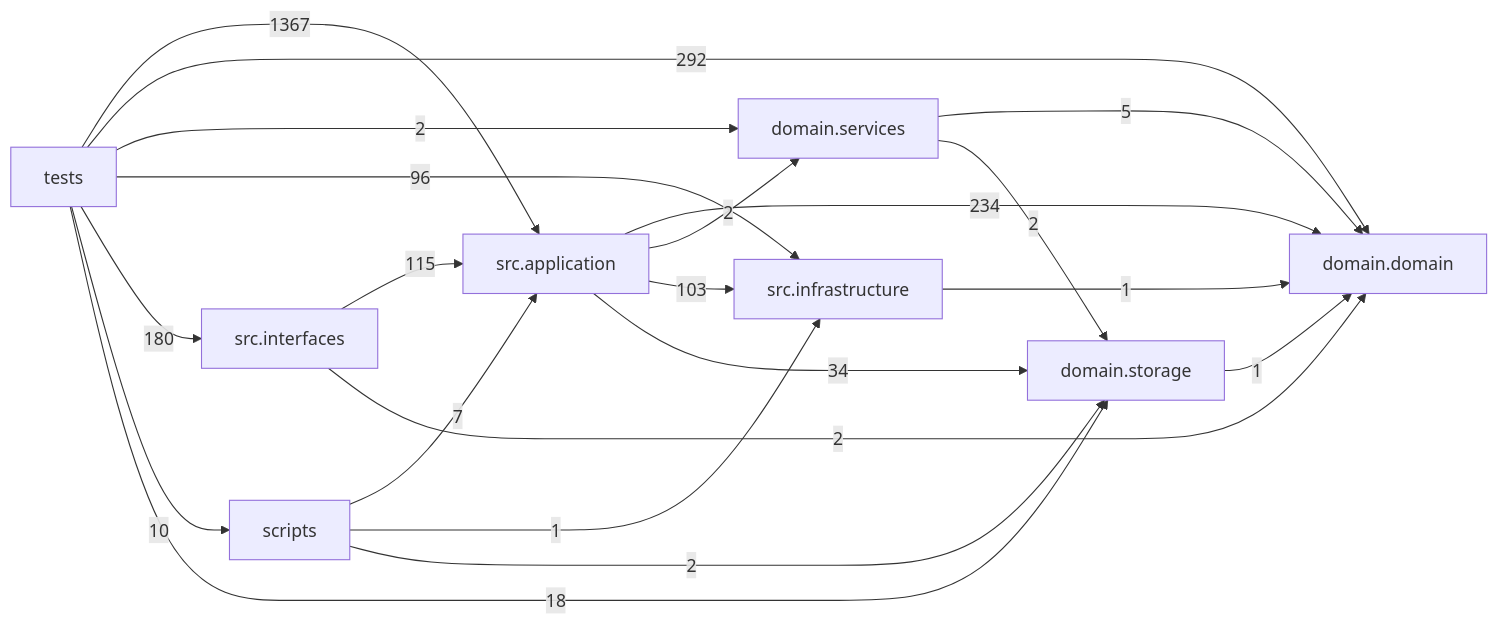
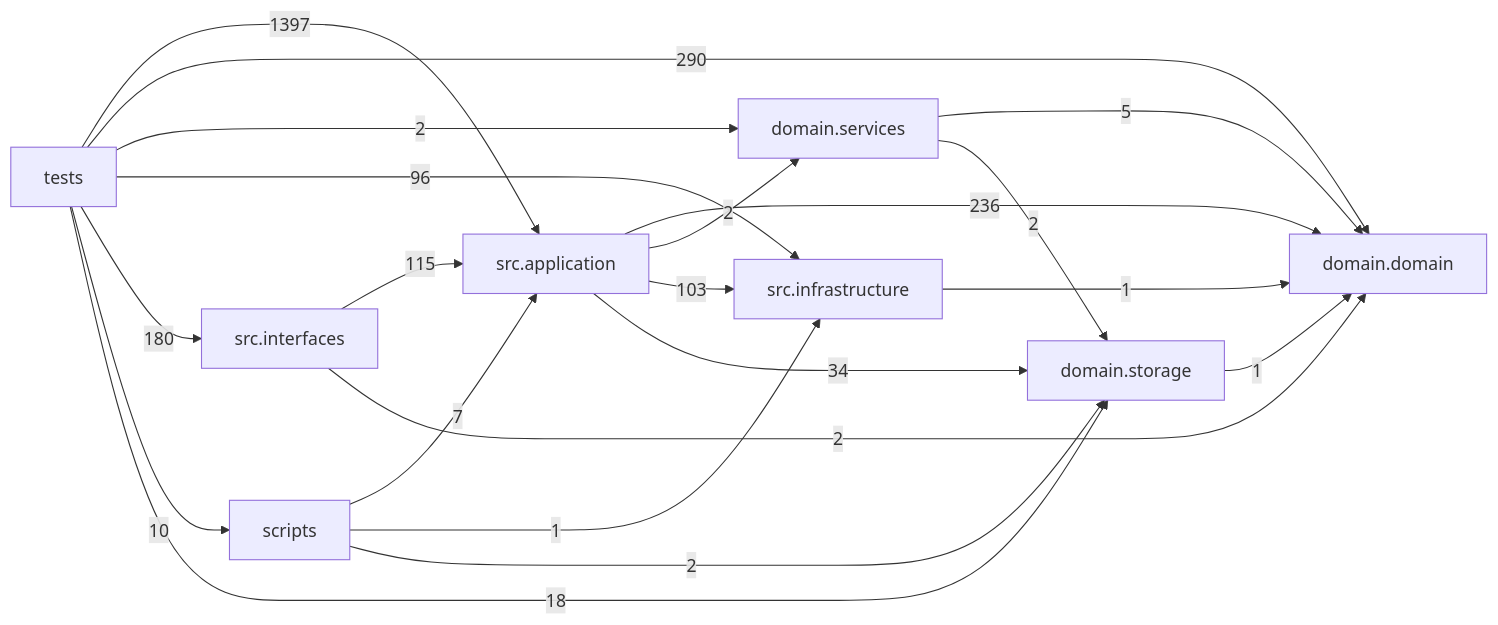
Before and after one commit to liuxie066/options-monitor: the diagram in docs/DEPENDENCY_GRAPH.md, drawn with Mermaid. The commit also changed other lines of this file and 41 other files, not shown here.

````diff
--- a/docs/DEPENDENCY_GRAPH.md
+++ b/docs/DEPENDENCY_GRAPH.md
@@ -24,31 +24,31 @@
 ```mermaid
 flowchart LR
   tests["tests"]
   scripts["scripts"]
   interfaces["src.interfaces"]
   application["src.application"]
   infrastructure["src.infrastructure"]
   domain_services["domain.services"]
   domain["domain.domain"]
   storage["domain.storage"]
-  application -->|234| domain
+  application -->|236| domain
   application -->|2| domain_services
   application -->|103| infrastructure
   application -->|34| storage
   domain_services -->|5| domain
   domain_services -->|2| storage
   infrastructure -->|1| domain
   interfaces -->|115| application
   interfaces -->|2| domain
   scripts -->|7| application
   scripts -->|1| infrastructure
   scripts -->|2| storage
   storage -->|1| domain
-  tests -->|1367| application
-  tests -->|292| domain
+  tests -->|1397| application
+  tests -->|290| domain
   tests -->|2| domain_services
   tests -->|96| infrastructure
   tests -->|180| interfaces
   tests -->|10| scripts
   tests -->|18| storage
 ```
````
